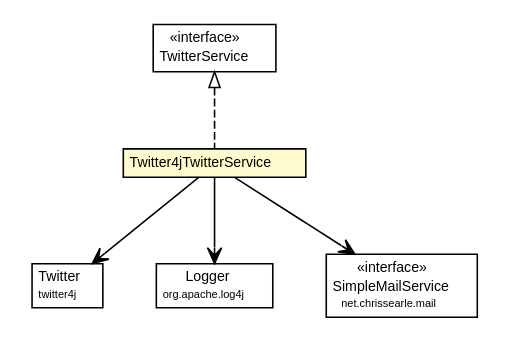
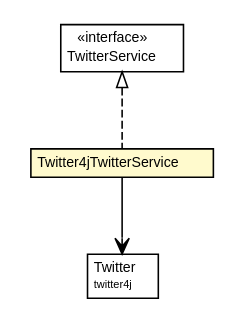
The diagram in flickrvote-twitter/apidocs/net/chrissearle/flickrvote/twitter/Twitter4jTwitterService.dot (chrissearle/twphch), drawn with Graphviz before and after one commit. The commit also changed 991 other files, not shown here.

```diff
--- a/flickrvote-twitter/apidocs/net/chrissearle/flickrvote/twitter/Twitter4jTwitterService.dot
+++ b/flickrvote-twitter/apidocs/net/chrissearle/flickrvote/twitter/Twitter4jTwitterService.dot
@@ -1,53 +1,34 @@
 #!/usr/local/bin/dot
 #
 # Class diagram 
 # Generated by UmlGraph version 4.6 (http://www.spinellis.gr/sw/umlgraph)
 #
 
 digraph G {
 	edge [fontname="Helvetica",fontsize=10,labelfontname="Helvetica",labelfontsize=10];
 	node [fontname="Helvetica",fontsize=10,shape=plaintext];
 	// net.chrissearle.flickrvote.twitter.TwitterService
-	c41 [label=<<table border="0" cellborder="1" cellspacing="0" cellpadding="2" port="p" href="./TwitterService.html">
+	c27 [label=<<table border="0" cellborder="1" cellspacing="0" cellpadding="2" port="p" href="./TwitterService.html">
 		<tr><td><table border="0" cellspacing="0" cellpadding="1">
 			<tr><td> &laquo;interface&raquo; </td></tr>
 			<tr><td> TwitterService </td></tr>
 		</table></td></tr>
 		</table>>, fontname="Helvetica", fontcolor="black", fontsize=9.0];
 	// net.chrissearle.flickrvote.twitter.Twitter4jTwitterService
-	c43 [label=<<table border="0" cellborder="1" cellspacing="0" cellpadding="2" port="p" bgcolor="lemonChiffon" href="./Twitter4jTwitterService.html">
+	c28 [label=<<table border="0" cellborder="1" cellspacing="0" cellpadding="2" port="p" bgcolor="lemonChiffon" href="./Twitter4jTwitterService.html">
 		<tr><td><table border="0" cellspacing="0" cellpadding="1">
 			<tr><td> Twitter4jTwitterService </td></tr>
 		</table></td></tr>
 		</table>>, fontname="Helvetica", fontcolor="black", fontsize=9.0];
 	//net.chrissearle.flickrvote.twitter.Twitter4jTwitterService implements net.chrissearle.flickrvote.twitter.TwitterService
-	c41:p -> c43:p [dir=back,arrowtail=empty,style=dashed];
+	c27:p -> c28:p [dir=back,arrowtail=empty,style=dashed];
 	// net.chrissearle.flickrvote.twitter.Twitter4jTwitterService NAVASSOC twitter4j.Twitter
-	c43:p -> c44:p [taillabel="", label="", headlabel="", fontname="Helvetica", fontcolor="black", fontsize=10.0, color="black", arrowhead=open];
-	// net.chrissearle.flickrvote.twitter.Twitter4jTwitterService NAVASSOC org.apache.log4j.Logger
-	c43:p -> c45:p [taillabel="", label="", headlabel="", fontname="Helvetica", fontcolor="black", fontsize=10.0, color="black", arrowhead=open];
-	// net.chrissearle.flickrvote.twitter.Twitter4jTwitterService NAVASSOC net.chrissearle.mail.SimpleMailService
-	c43:p -> c46:p [taillabel="", label="", headlabel="", fontname="Helvetica", fontcolor="black", fontsize=10.0, color="black", arrowhead=open];
+	c28:p -> c29:p [taillabel="", label="", headlabel="", fontname="Helvetica", fontcolor="black", fontsize=10.0, color="black", arrowhead=open];
 	// twitter4j.Twitter
-	c44 [label=<<table border="0" cellborder="1" cellspacing="0" cellpadding="2" port="p">
+	c29 [label=<<table border="0" cellborder="1" cellspacing="0" cellpadding="2" port="p">
 		<tr><td><table border="0" cellspacing="0" cellpadding="1">
 			<tr><td> Twitter </td></tr>
 			<tr><td><font point-size="7.0"> twitter4j </font></td></tr>
 		</table></td></tr>
 		</table>>, fontname="Helvetica", fontcolor="black", fontsize=9.0];
-	// net.chrissearle.mail.SimpleMailService
-	c46 [label=<<table border="0" cellborder="1" cellspacing="0" cellpadding="2" port="p">
-		<tr><td><table border="0" cellspacing="0" cellpadding="1">
-			<tr><td> &laquo;interface&raquo; </td></tr>
-			<tr><td> SimpleMailService </td></tr>
-			<tr><td><font point-size="7.0"> net.chrissearle.mail </font></td></tr>
-		</table></td></tr>
-		</table>>, fontname="Helvetica", fontcolor="black", fontsize=9.0];
-	// org.apache.log4j.Logger
-	c45 [label=<<table border="0" cellborder="1" cellspacing="0" cellpadding="2" port="p">
-		<tr><td><table border="0" cellspacing="0" cellpadding="1">
-			<tr><td> Logger </td></tr>
-			<tr><td><font point-size="7.0"> org.apache.log4j </font></td></tr>
-		</table></td></tr>
-		</table>>, fontname="Helvetica", fontcolor="black", fontsize=9.0];
 }
```
